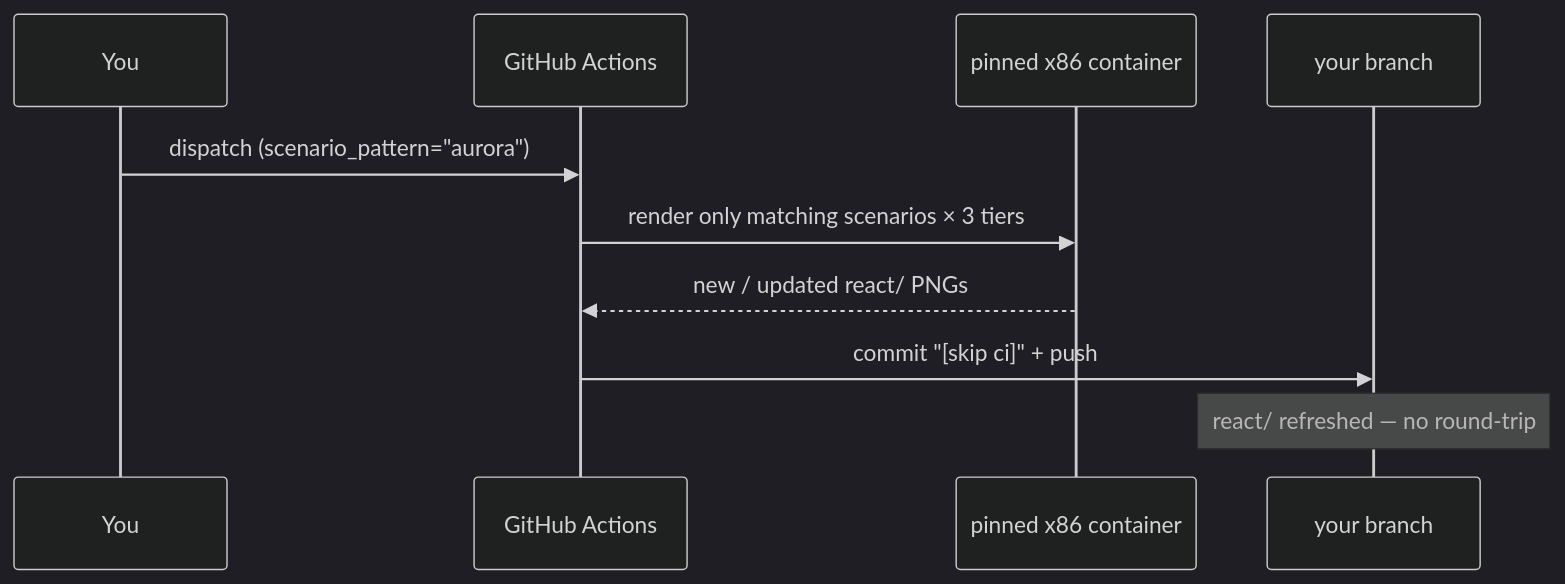
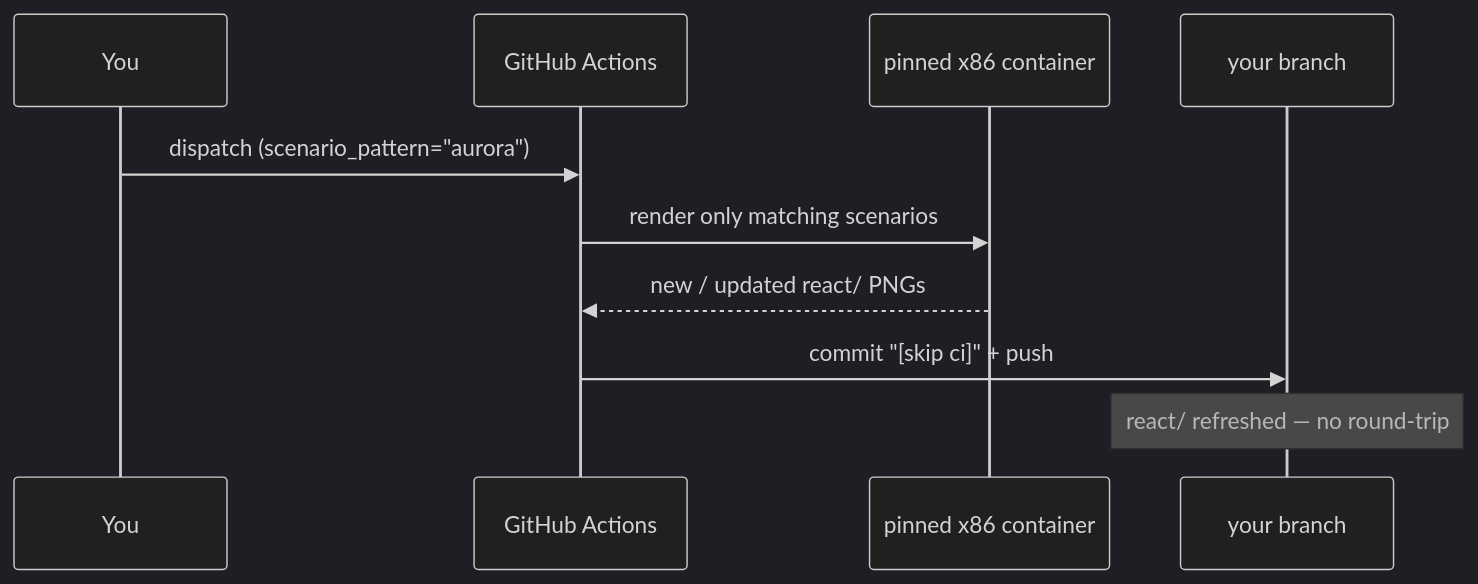
The fourth of 9 diagrams in packages/client-react/tests/ui/visual/UPDATING-GOLDENS.md (bettersoftware-io/ReactiveTraderCloudClone), drawn with Mermaid (dark theme) before and after one commit. The commit also changed other lines of this file and 5358 other files, not shown here.

````diff
--- a/packages/client-react/tests/ui/visual/UPDATING-GOLDENS.md
+++ b/packages/client-react/tests/ui/visual/UPDATING-GOLDENS.md
@@ -93,12 +94,12 @@
 ```mermaid
 sequenceDiagram
     participant You
     participant GH as GitHub Actions
     participant Runner as pinned x86 container
     participant Branch as your branch
     You->>GH: dispatch (scenario_pattern="aurora")
-    GH->>Runner: render only matching scenarios × 3 tiers
+    GH->>Runner: render only matching scenarios
     Runner-->>GH: new / updated react/ PNGs
     GH->>Branch: commit "[skip ci]" + push
     Note over Branch: react/ refreshed — no round-trip
 ```
````
